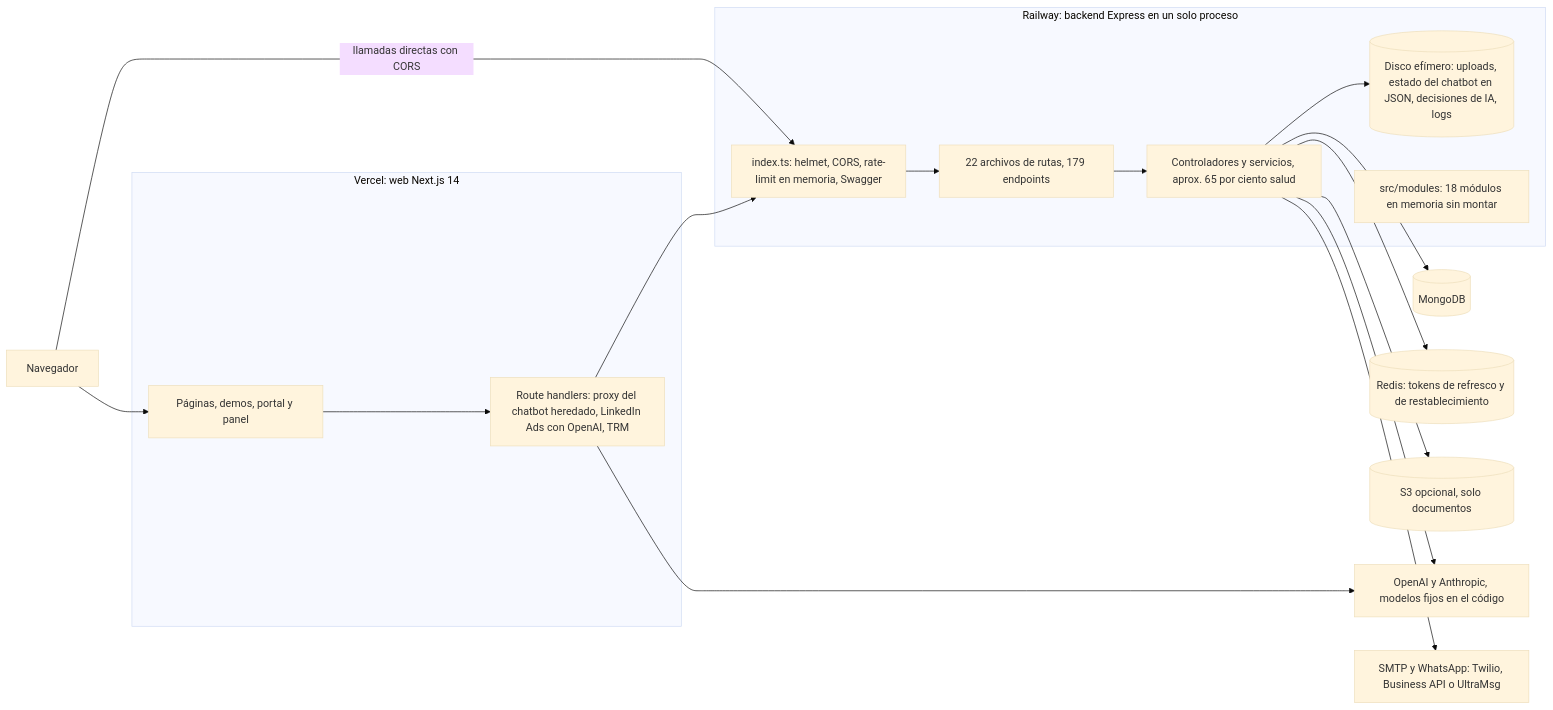
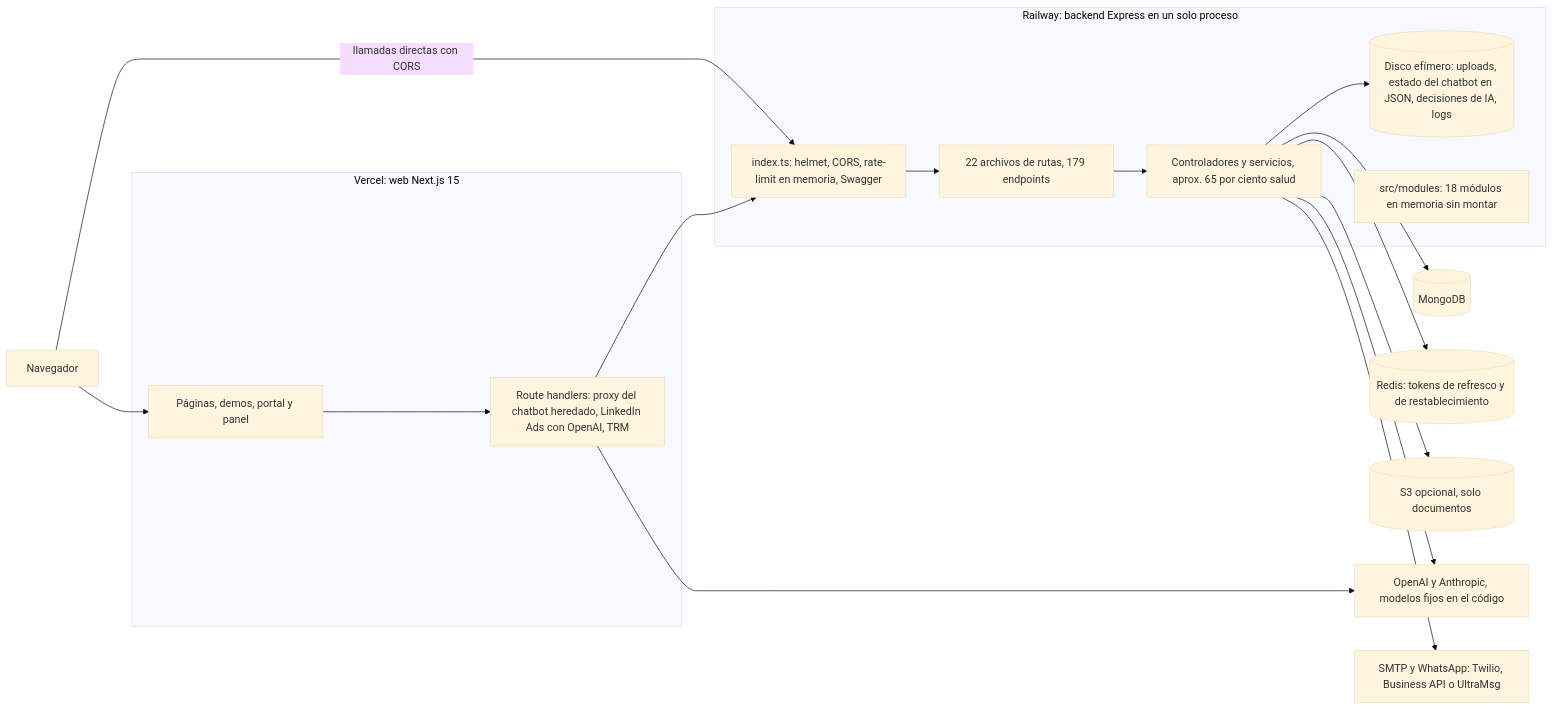
One commit to ronalc90/koptup changed the first of 7 diagrams in docs/wiki/09-Backend-y-API.md. Above: the diagram before and after it, drawn with Mermaid (base theme). The commit also changed 6 other files, not shown here.

First line of the commit message:
docs: el stack de la web pasa a Next 15 y React 19

````diff
--- a/docs/wiki/09-Backend-y-API.md
+++ b/docs/wiki/09-Backend-y-API.md
@@ -91,32 +91,32 @@
 ```mermaid
 flowchart LR
   U["Navegador"]
-  subgraph VC["Vercel: web Next.js 14"]
+  subgraph VC["Vercel: web Next.js 15"]
     WP["Páginas, demos, portal y panel"]
     WR["Route handlers: proxy del chatbot heredado, LinkedIn Ads con OpenAI, TRM"]
   end
   subgraph RW["Railway: backend Express en un solo proceso"]
     IDX["index.ts: helmet, CORS, rate-limit en memoria, Swagger"]
     RT["22 archivos de rutas, 179 endpoints"]
     SV["Controladores y servicios, aprox. 65 por ciento salud"]
     FS[("Disco efímero: uploads, estado del chatbot en JSON, decisiones de IA, logs")]
     MOD["src/modules: 18 módulos en memoria sin montar"]
   end
   DB[("MongoDB")]
   RD[("Redis: tokens de refresco y de restablecimiento")]
   S3[("S3 opcional, solo documentos")]
   AI["OpenAI y Anthropic, modelos fijos en el código"]
   MSG["SMTP y WhatsApp: Twilio, Business API o UltraMsg"]
   U --> WP
   U -->|"llamadas directas con CORS"| IDX
   WP --> WR
   WR --> IDX
   WR --> AI
   IDX --> RT --> SV
   SV --> DB
   SV --> RD
   SV --> FS
   SV --> S3
   SV --> AI
   SV --> MSG
 ```
````
